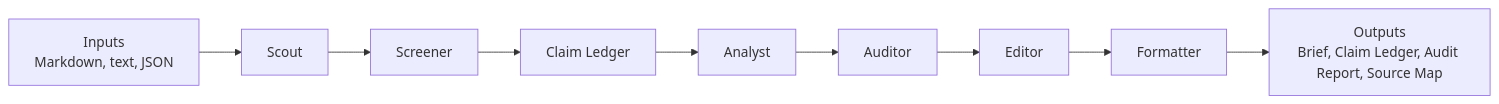
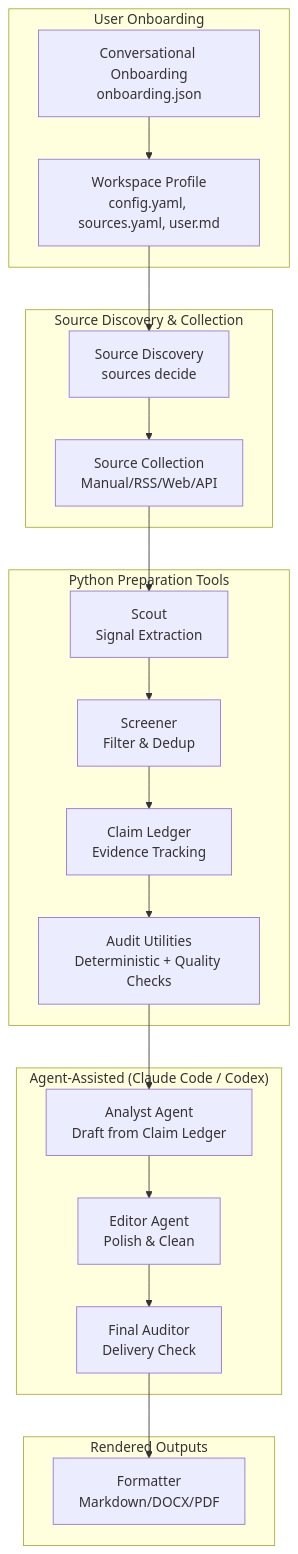
One commit to Stahl-G/briefloop changed the diagram in README_en.md. Above: the diagram before and after it, drawn with Mermaid. The commit also changed other lines of this file and 35 other files, not shown here.

First line of the commit message:
refactor: reposition as agent-orchestrated brief workflow toolkit

````diff
--- a/README_en.md
+++ b/README_en.md
@@ -65,11 +62,28 @@
 ```mermaid
-flowchart LR
-  A["Inputs<br/>Markdown, text, JSON"] --> B["Scout"]
-  B --> C["Screener"]
-  C --> D["Claim Ledger"]
-  D --> E["Analyst"]
-  E --> F["Auditor"]
-  F --> G["Editor"]
-  G --> H["Formatter"]
-  H --> I["Outputs<br/>Brief, Claim Ledger, Audit Report, Source Map"]
+flowchart TB
+  subgraph "User Onboarding"
+    A["Conversational Onboarding<br/>onboarding.json"] --> B["Workspace Profile<br/>config.yaml, sources.yaml, user.md"]
+  end
+
+  subgraph "Source Discovery & Collection"
+    B --> C["Source Discovery<br/>sources decide"]
+    C --> D["Source Collection<br/>Manual/RSS/Web/API"]
+  end
+
+  subgraph "Python Preparation Tools"
+    D --> E["Scout<br/>Signal Extraction"]
+    E --> F["Screener<br/>Filter & Dedup"]
+    F --> G["Claim Ledger<br/>Evidence Tracking"]
+    G --> H["Audit Utilities<br/>Deterministic + Quality Checks"]
+  end
+
+  subgraph "Agent-Assisted (Claude Code / Codex)"
+    H --> I["Analyst Agent<br/>Draft from Claim Ledger"]
+    I --> J["Editor Agent<br/>Polish & Clean"]
+    J --> K["Final Auditor<br/>Delivery Check"]
+  end
+
+  subgraph "Rendered Outputs"
+    K --> L["Formatter<br/>Markdown/DOCX/PDF"]
+  end
 ```
````
